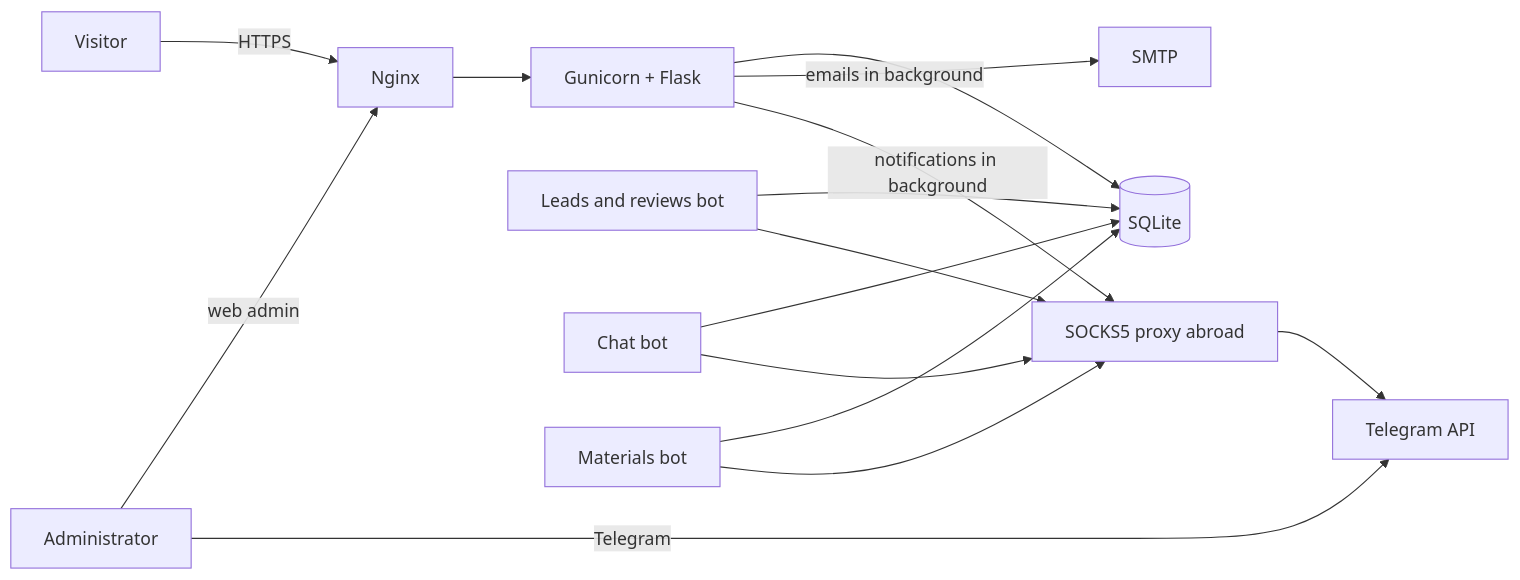
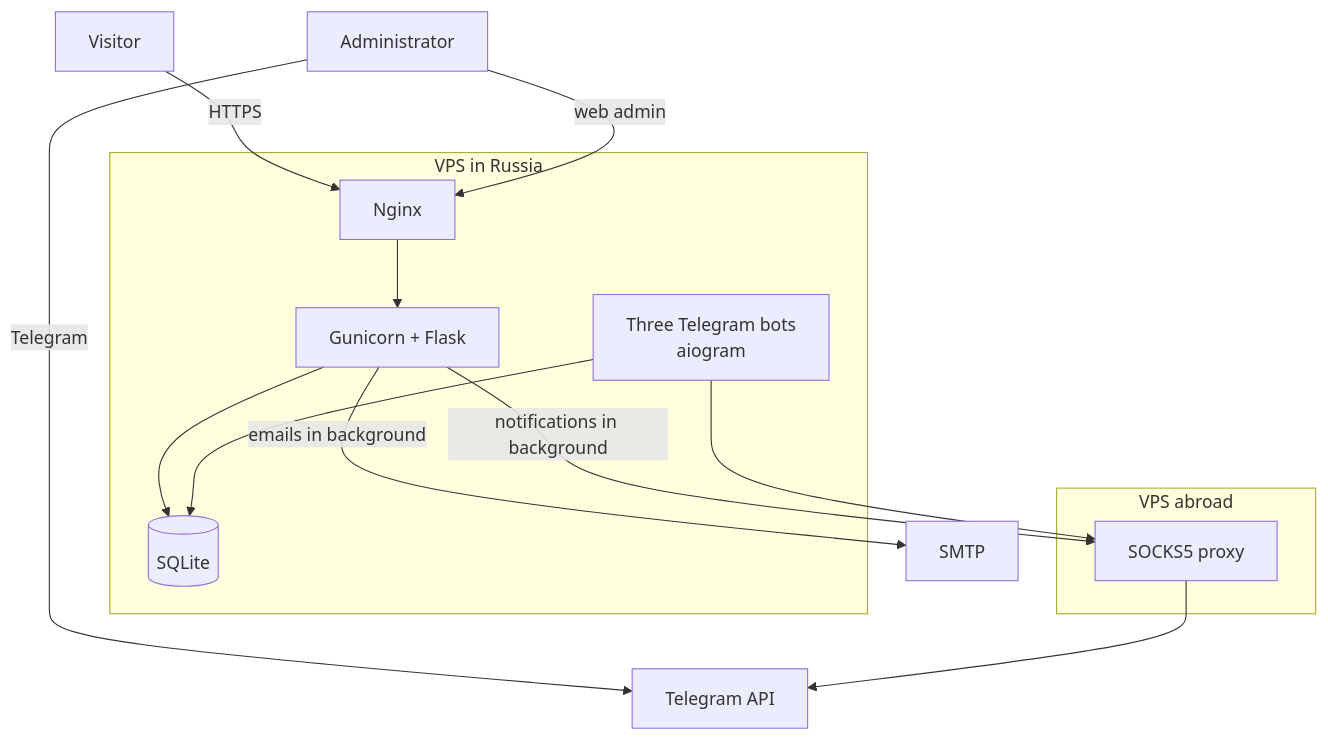
The diagram in README.en.md (burr1t0/angliyskaya-law-website), drawn with Mermaid before and after one commit. The commit also changed 1 other file, not shown here.

Commit message:
Упростить схему архитектуры

````diff
--- a/README.en.md
+++ b/README.en.md
@@ -46,17 +46,18 @@
 ```mermaid
-flowchart LR
-    V[Visitor] -->|HTTPS| N[Nginx]
+flowchart TB
+    V[Visitor] -->|HTTPS| N
     A[Administrator] -->|web admin| N
-    N --> G[Gunicorn + Flask]
-    G --> DB[(SQLite)]
-    B1[Leads and reviews bot] --> DB
-    B2[Chat bot] --> DB
-    B3[Materials bot] --> DB
+    A -->|Telegram| TG[Telegram API]
+    subgraph RU[VPS in Russia]
+        N[Nginx] --> G[Gunicorn + Flask]
+        G --> DB[(SQLite)]
+        BOTS[Three Telegram bots<br/>aiogram] --> DB
+    end
     G -->|emails in background| M[SMTP]
-    G -->|notifications in background| P[SOCKS5 proxy abroad]
-    B1 --> P
-    B2 --> P
-    B3 --> P
-    P --> TG[Telegram API]
-    A -->|Telegram| TG
+    G -->|notifications in background| P
+    BOTS --> P
+    subgraph ABROAD[VPS abroad]
+        P[SOCKS5 proxy]
+    end
+    P --> TG
 ```
````
